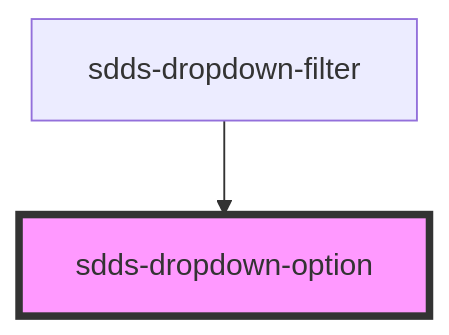
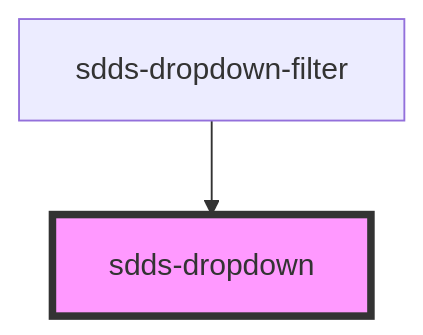
The diagram in tegel/src/components/dropdown/readme.md (scania-digital-design-system/sdds), drawn with Mermaid before and after one commit. The commit also changed other lines of this file and 9 other files, not shown here.

````diff
--- a/tegel/src/components/dropdown/readme.md
+++ b/tegel/src/components/dropdown/readme.md
@@ -28,5 +50,5 @@
 ```mermaid
 graph TD;
-  sdds-dropdown-filter --> sdds-dropdown-option
-  style sdds-dropdown-option fill:#f9f,stroke:#333,stroke-width:4px
+  sdds-dropdown-filter --> sdds-dropdown
+  style sdds-dropdown fill:#f9f,stroke:#333,stroke-width:4px
 ```
````
